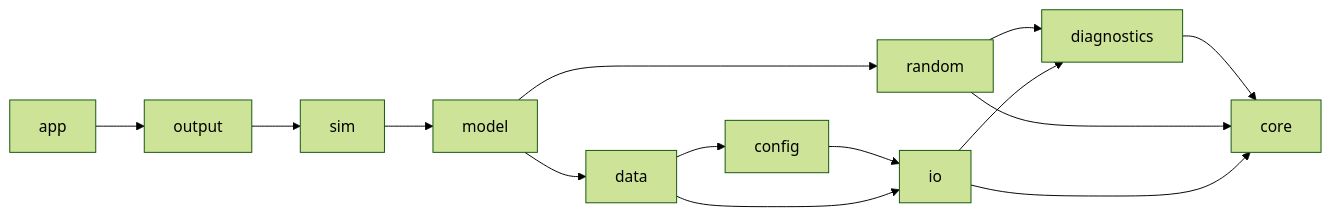
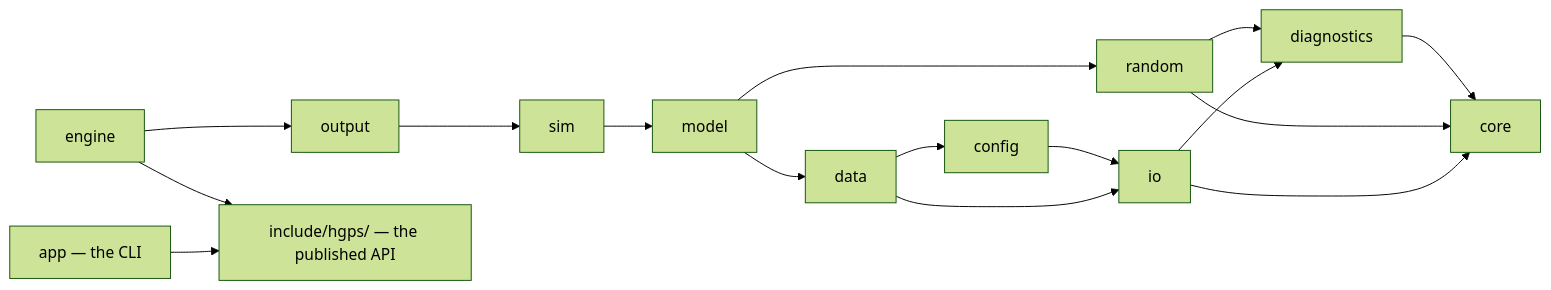
The first of 2 diagrams in docs/design.md (judegordon/hgps), drawn with Mermaid (forest theme) before and after one commit. The commit also changed other lines of this file and 43 other files, not shown here.

````diff
--- a/docs/design.md
+++ b/docs/design.md
@@ -39,27 +46,31 @@
 ```mermaid
 graph LR
     CORE[core]
     DIAG[diagnostics]
     RAND[random]
     IO[io]
     CFG[config]
     DATA[data]
     MODEL[model]
     SIM[sim]
     OUT[output]
-    APP[app]
+    ENG[engine]
+    API["include/hgps/ — the published API"]
+    APP[app — the CLI]
 
     DIAG --> CORE
     RAND --> CORE
     RAND --> DIAG
     IO --> CORE
     IO --> DIAG
     CFG --> IO
     DATA --> IO
     DATA --> CFG
     MODEL --> DATA
     MODEL --> RAND
     SIM --> MODEL
     OUT --> SIM
-    APP --> OUT
+    ENG --> OUT
+    ENG --> API
+    APP --> API
 ```
````
